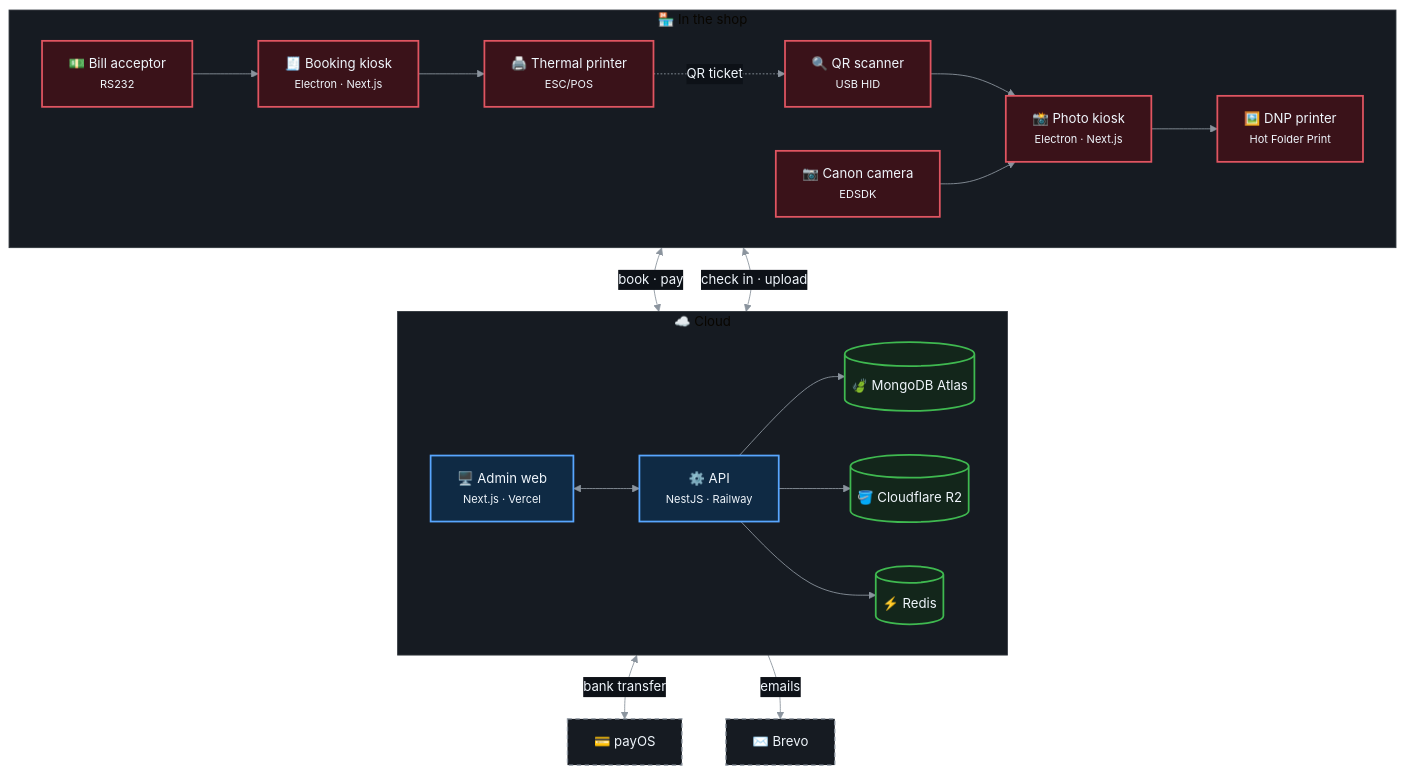
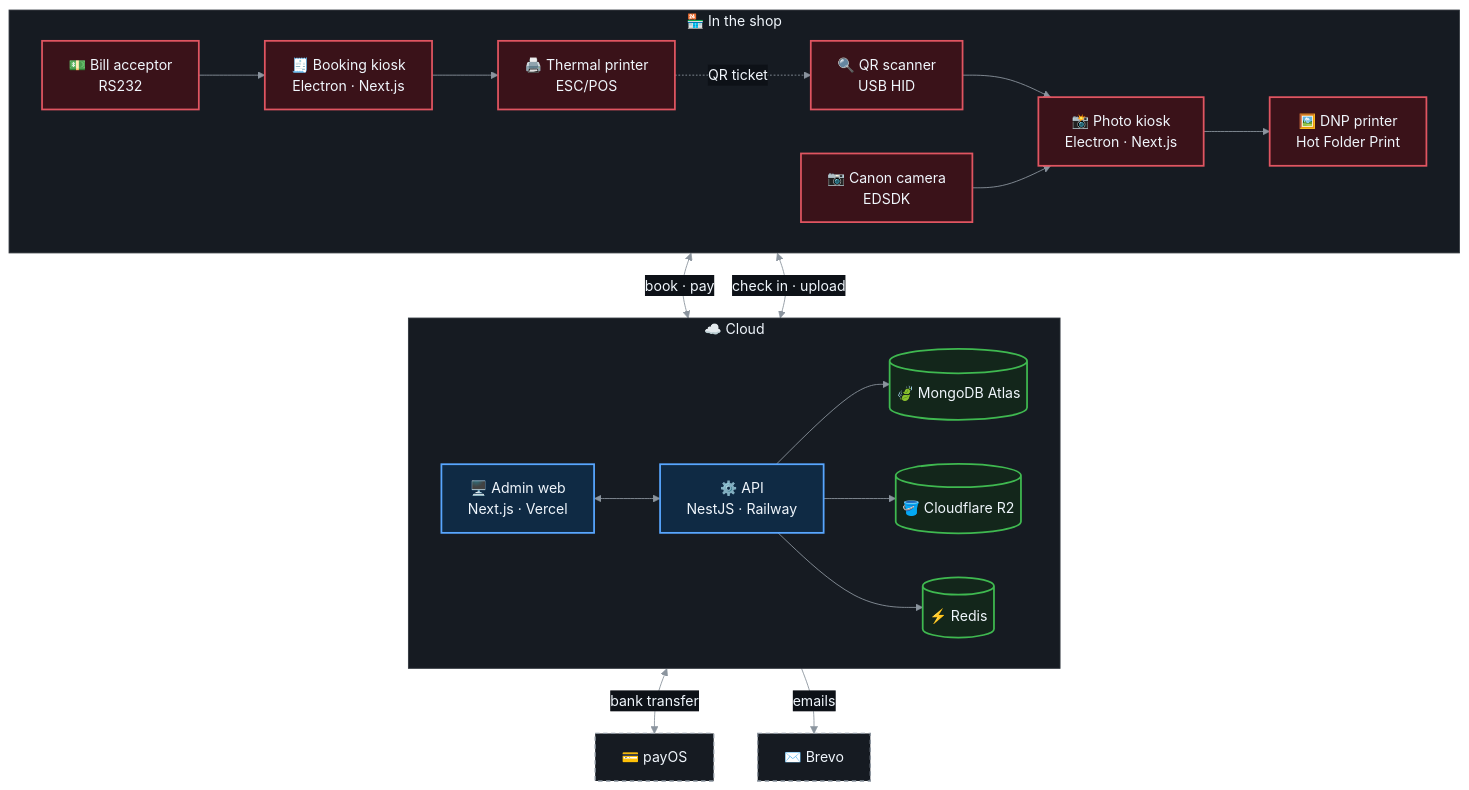
The diagram in README.md (Hoangtri20003/Hoangtri20003), drawn with Mermaid before and after one commit.

Commit message:
Profile README: diagram labels fit their boxes; light cluster titles

````diff
--- a/README.md
+++ b/README.md
@@ -59,33 +59,33 @@
 ```mermaid
-%%{init: {'theme':'base','themeVariables':{'fontFamily':'ui-sans-serif, system-ui','fontSize':'15px','lineColor':'#8B949E','primaryTextColor':'#F0F6FC','clusterBkg':'#161B22','clusterBorder':'#30363D','edgeLabelBackground':'#0D1117'}}}%%
+%%{init: {'theme':'base','themeVariables':{'lineColor':'#8B949E','titleColor':'#F0F6FC','primaryTextColor':'#F0F6FC','clusterBkg':'#161B22','clusterBorder':'#30363D','edgeLabelBackground':'#0D1117'}}}%%
 flowchart TB
   subgraph Shop["🏪 In the shop"]
     direction LR
-    CASH["💵 Bill acceptor<br/><small>RS232</small>"] --> BK["🧾 Booking kiosk<br/><small>Electron · Next.js</small>"]
-    BK --> TP["🖨️ Thermal printer<br/><small>ESC/POS</small>"]
-    TP -. "QR ticket" .-> QR["🔍 QR scanner<br/><small>USB HID</small>"]
-    QR --> PK["📸 Photo kiosk<br/><small>Electron · Next.js</small>"]
-    CAM["📷 Canon camera<br/><small>EDSDK</small>"] --> PK
-    PK --> DNP["🖼️ DNP printer<br/><small>Hot Folder Print</small>"]
+    CASH["💵 Bill acceptor<br/>RS232"] --> BK["🧾 Booking kiosk<br/>Electron · Next.js"]
+    BK --> TP["🖨️ Thermal printer<br/>ESC/POS"]
+    TP -. "QR ticket" .-> QR["🔍 QR scanner<br/>USB HID"]
+    QR --> PK["📸 Photo kiosk<br/>Electron · Next.js"]
+    CAM["📷 Canon camera<br/>EDSDK"] --> PK
+    PK --> DNP["🖼️ DNP printer<br/>Hot Folder Print"]
   end
   subgraph Cloud["☁️ Cloud"]
     direction LR
-    ADMIN["🖥️ Admin web<br/><small>Next.js · Vercel</small>"] <--> API["⚙️ API<br/><small>NestJS · Railway</small>"]
+    ADMIN["🖥️ Admin web<br/>Next.js · Vercel"] <--> API["⚙️ API<br/>NestJS · Railway"]
     API --> DB[("🍃 MongoDB Atlas")]
     API --> R2[("🪣 Cloudflare R2")]
     API --> REDIS[("⚡ Redis")]
   end
   BK <-->|"book · pay"| API
   PK <-->|"check in · upload"| API
   API <-->|"bank transfer"| PAY["💳 payOS"]
   API -->|"emails"| MAIL["✉️ Brevo"]
 
   classDef shop fill:#3A1219,stroke:#E05561,stroke-width:2px,color:#F0F6FC;
   classDef cloud fill:#0F2A44,stroke:#58A6FF,stroke-width:2px,color:#F0F6FC;
   classDef store fill:#13261B,stroke:#3FB950,stroke-width:2px,color:#F0F6FC;
   classDef ext fill:#161B22,stroke:#8B949E,stroke-width:1.5px,stroke-dasharray:5 4,color:#F0F6FC;
   class CASH,BK,TP,QR,PK,CAM,DNP shop;
   class ADMIN,API cloud;
   class DB,R2,REDIS store;
   class PAY,MAIL ext;
 ```
````
